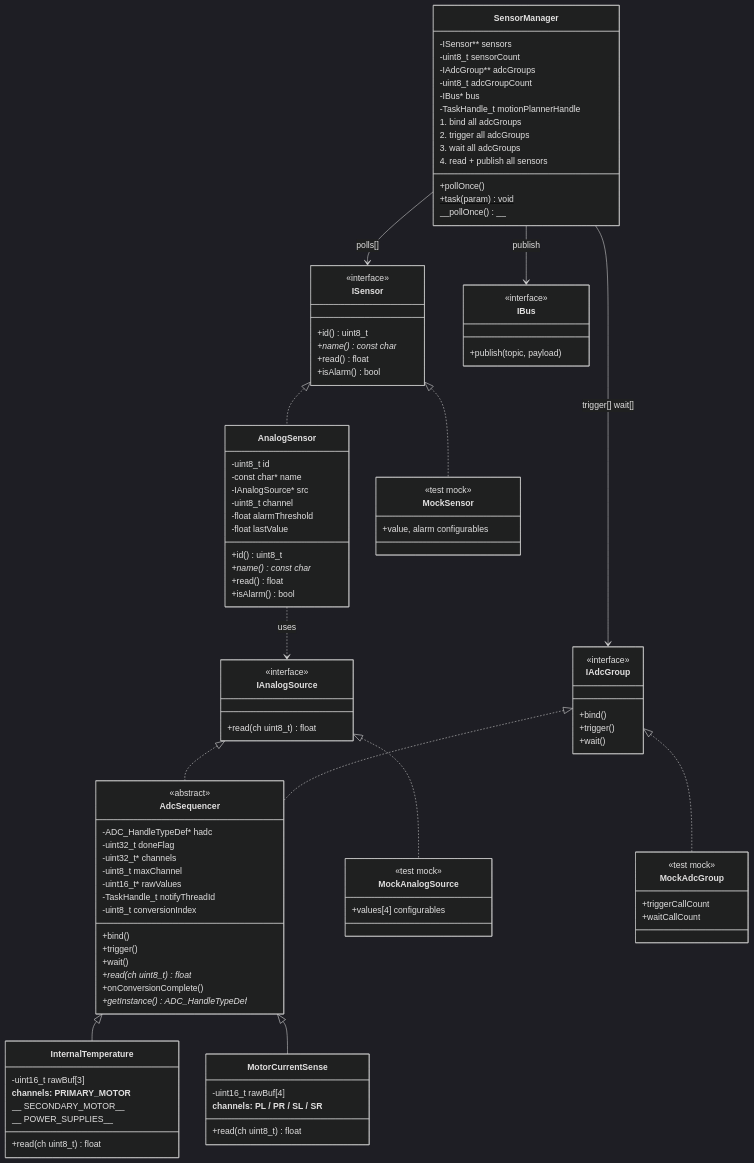
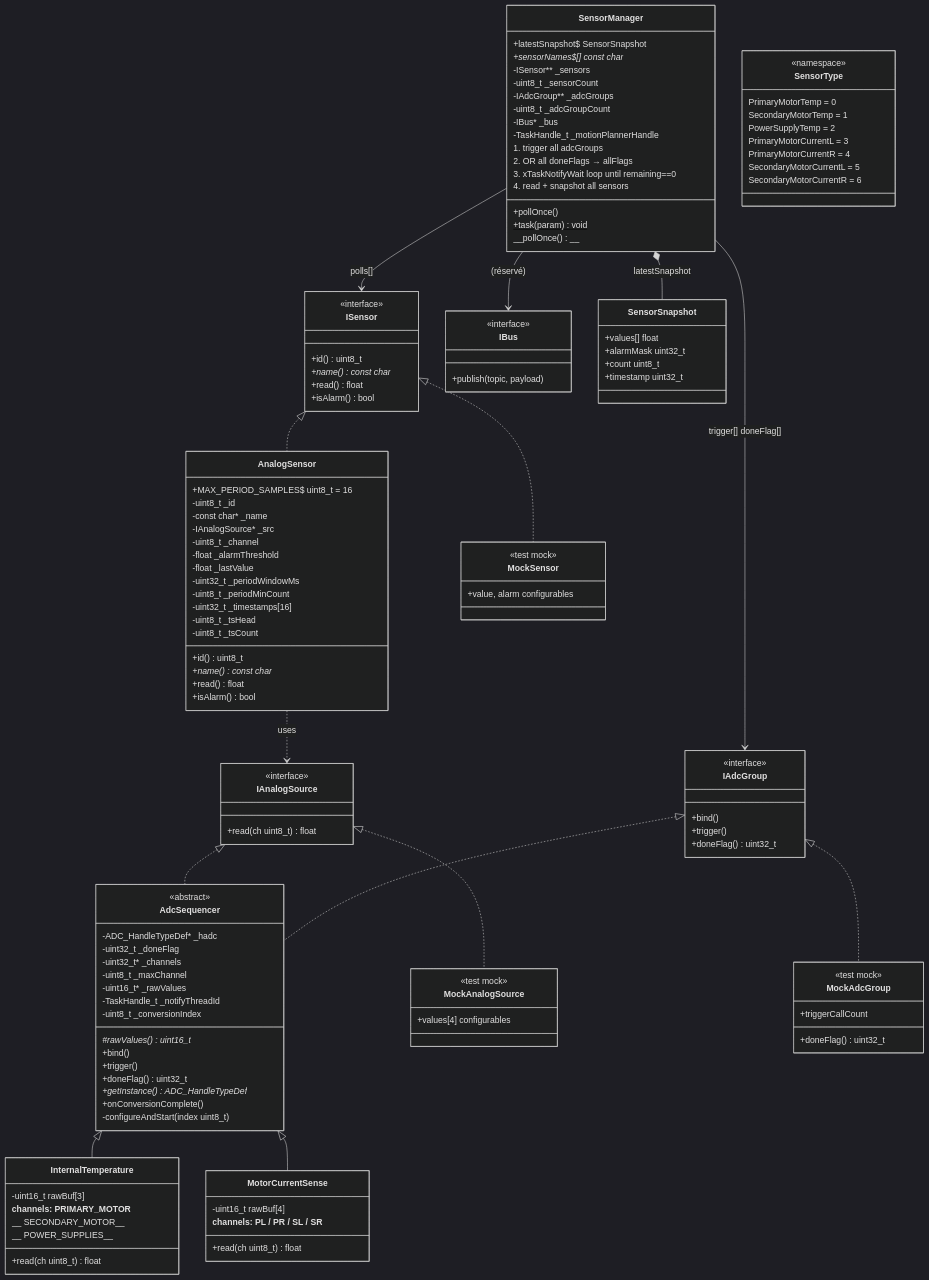
One commit to Soupalognon/Wall-A-Software changed the first of 2 diagrams in architecture_sensors.md. Above: the diagram before and after it, drawn with Mermaid (dark theme). The commit also changed other lines of this file and 13 other files, not shown here.

First line of the commit message:
Implemented alarm window for Sensors.

```diff
--- a/architecture_sensors.md
+++ b/architecture_sensors.md
@@ -22,7 +22,7 @@
         <<interface>>
         +bind()
         +trigger()
-        +wait()
+        +doneFlag() uint32_t
     }
 
     class IBus {
@@ -33,19 +33,20 @@
     %% ── AdcSequencer (base class) ────────────────────────────────────────────
     class AdcSequencer {
         <<abstract>>
-        -ADC_HandleTypeDef* hadc
-        -uint32_t doneFlag
-        -uint32_t* channels
-        -uint8_t maxChannel
-        -uint16_t* rawValues
-        -TaskHandle_t notifyThreadId
-        -uint8_t conversionIndex
+        -ADC_HandleTypeDef* _hadc
+        -uint32_t _doneFlag
+        -uint32_t* _channels
+        -uint8_t _maxChannel
+        -uint16_t* _rawValues
+        -TaskHandle_t _notifyThreadId
+        -uint8_t _conversionIndex
+        #rawValues() uint16_t*
         +bind()
         +trigger()
-        +wait()
-        +read(ch uint8_t) float*
+        +doneFlag() uint32_t
+        +getInstance() ADC_HandleTypeDef*
         +onConversionComplete()
-        +getInstance() ADC_HandleTypeDef*
+        -configureAndStart(index uint8_t)
     }
 
     IAnalogSource <|.. AdcSequencer
@@ -71,12 +72,18 @@
 
     %% ── Sensor générique ────────────────────────────────────────────────────
     class AnalogSensor {
-        -uint8_t id
-        -const char* name
-        -IAnalogSource* src
-        -uint8_t channel
-        -float alarmThreshold
-        -float lastValue
+        +MAX_PERIOD_SAMPLES$ uint8_t = 16
+        -uint8_t _id
+        -const char* _name
+        -IAnalogSource* _src
+        -uint8_t _channel
+        -float _alarmThreshold
+        -float _lastValue
+        -uint32_t _periodWindowMs
+        -uint8_t _periodMinCount
+        -uint32_t _timestamps[16]
+        -uint8_t _tsHead
+        -uint8_t _tsCount
         +id() uint8_t
         +name() const char*
         +read() float
@@ -88,24 +95,46 @@
 
     %% ── Tâche FreeRTOS ───────────────────────────────────────────────────────
     class SensorManager {
-        -ISensor** sensors
-        -uint8_t sensorCount
-        -IAdcGroup** adcGroups
-        -uint8_t adcGroupCount
-        -IBus* bus
-        -TaskHandle_t motionPlannerHandle
+        +latestSnapshot$ SensorSnapshot
+        +sensorNames$[] const char*
+        -ISensor** _sensors
+        -uint8_t _sensorCount
+        -IAdcGroup** _adcGroups
+        -uint8_t _adcGroupCount
+        -IBus* _bus
+        -TaskHandle_t _motionPlannerHandle
         +pollOnce()
         +task(param)$ void
         __pollOnce()__
-        1. bind all adcGroups
-        2. trigger all adcGroups
-        3. wait all adcGroups
-        4. read + publish all sensors
+        1. trigger all adcGroups
+        2. OR all doneFlags → allFlags
+        3. xTaskNotifyWait loop until remaining==0
+        4. read + snapshot all sensors
     }
 
-    SensorManager --> ISensor   : polls[]
-    SensorManager --> IAdcGroup : trigger[] wait[]
-    SensorManager --> IBus      : publish
+    class SensorSnapshot {
+        +values[] float
+        +alarmMask uint32_t
+        +count uint8_t
+        +timestamp uint32_t
+    }
+
+    SensorManager --> ISensor        : polls[]
+    SensorManager --> IAdcGroup      : trigger[] doneFlag[]
+    SensorManager --> IBus           : (réservé)
+    SensorManager *-- SensorSnapshot : latestSnapshot
+
+    %% ── Namespace SensorType ─────────────────────────────────────────────────
+    class SensorType {
+        <<namespace>>
+        PrimaryMotorTemp = 0
+        SecondaryMotorTemp = 1
+        PowerSupplyTemp = 2
+        PrimaryMotorCurrentL = 3
+        PrimaryMotorCurrentR = 4
+        SecondaryMotorCurrentL = 5
+        SecondaryMotorCurrentR = 6
+    }
 
     %% ── Mocks (tests) ────────────────────────────────────────────────────────
     class MockSensor {
@@ -118,8 +147,8 @@
     }
     class MockAdcGroup {
         <<test mock>>
+        +doneFlag() uint32_t
         +triggerCallCount
-        +waitCallCount
     }
 
     ISensor       <|.. MockSensor
```
